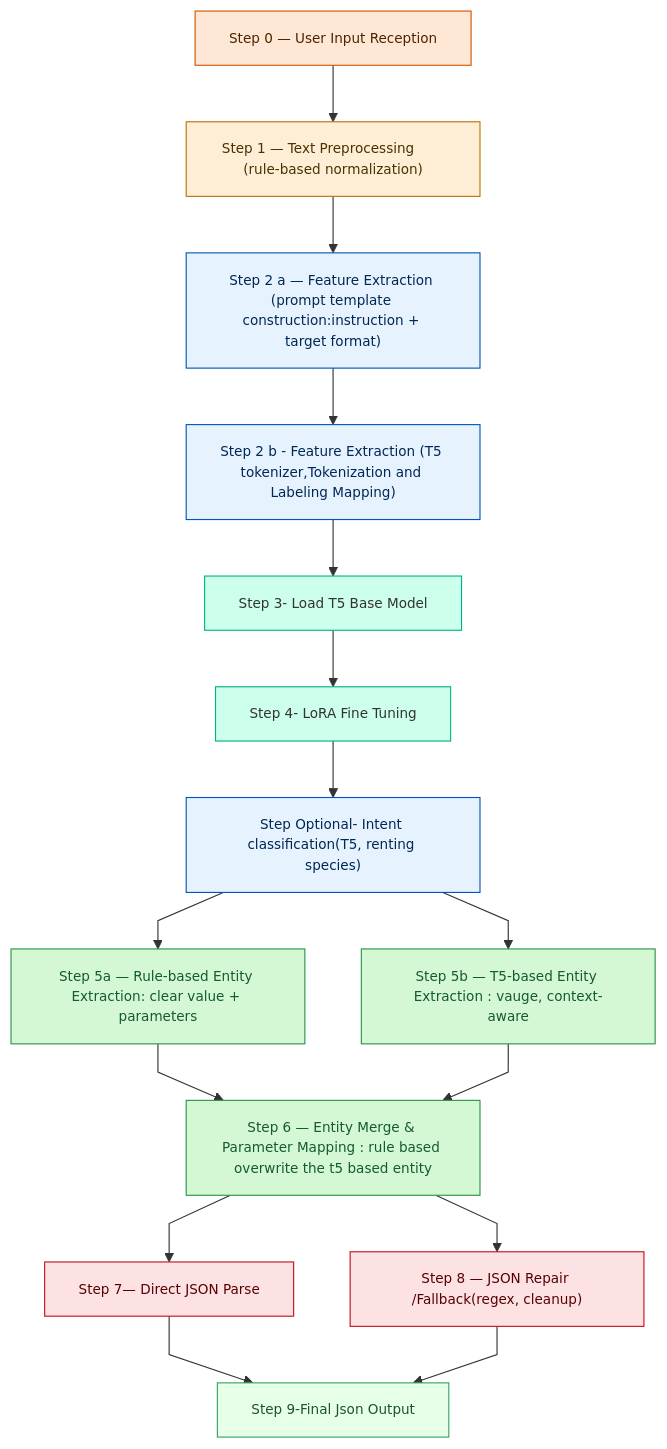
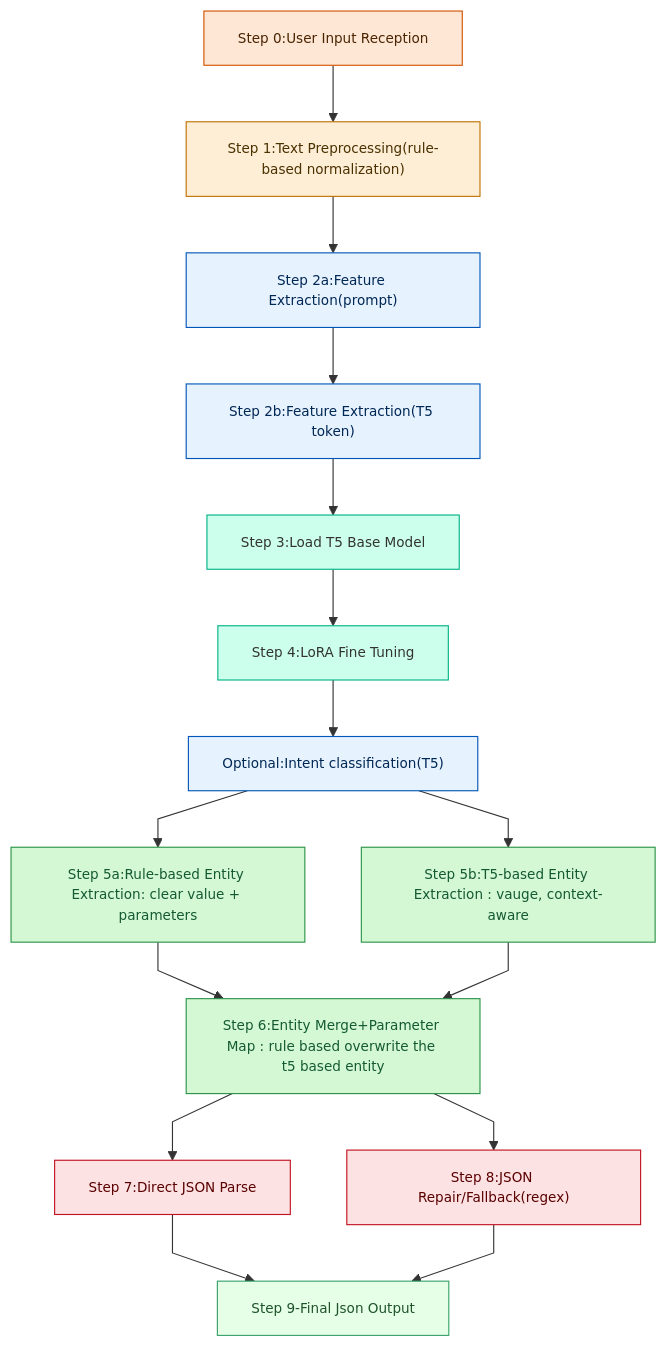
The diagram in Schema-Algorithm-NLP-Engine.md (cutemfc/NLP-engine-), drawn with Mermaid before and after one commit. The commit also changed other lines of this file, not shown here.

````diff
--- a/Schema-Algorithm-NLP-Engine.md
+++ b/Schema-Algorithm-NLP-Engine.md
@@ -7,81 +7,81 @@
 ```mermaid
 
 %%{init: {
   'theme': 'default',
   'themeVariables': {
     'fontSize': '12px',
-    'nodeSpacing': 18,
-    'rankSpacing': 20
+    'nodeSpacing': 20,
+    'rankSpacing': 30
   },
   'flowchart': {
     'curve': 'linear'
   }
 }}%%
 
 flowchart TD
     %% Top-level steps
-    A0["Step 0 — User Input Reception"]
-    A1["Step 1 — Text Preprocessing       (rule-based normalization)" ]
-    A2["Step 2 a — Feature Extraction (prompt template construction:instruction + target format)"]
-    A3["Step 2 b - Feature Extraction (T5 tokenizer,Tokenization and Labeling Mapping)"]
+    A0["Step 0:User Input Reception"]
+    A1["Step 1:Text Preprocessing(rule-based normalization)"]
+    A2["Step 2a:Feature Extraction(prompt)"]
+    A3["Step 2b:Feature Extraction(T5 token)"]
     
     %% Training process
-    A4["Step 3- Load T5 Base Model"]
-    A5["Step 4- LoRA Fine Tuning"]
+    A4["Step 3:Load T5 Base Model"]
+    A5["Step 4:LoRA Fine Tuning"]
    
     %% Intent classfication
-    B1["Step Optional- Intent classification(T5, renting species)"]
+    B1["Optional:Intent classification(T5)"]
    
 
     %% Parallel extraction branches
-    C1["Step 5a — Rule-based Entity Extraction: clear value + parameters"]
-    C2["Step 5b — T5-based Entity Extraction : vauge, context-aware"]
+    C1["Step 5a:Rule-based Entity Extraction: clear value + parameters"]
+    C2["Step 5b:T5-based Entity Extraction : vauge, context-aware"]
     
     %% Merging and final steps
-    D1["Step 6 — Entity Merge & Parameter Mapping : rule based overwrite the t5 based entity"]
+    D1["Step 6:Entity Merge+Parameter Map : rule based overwrite the t5 based entity"]
 
     %% Ouput Corrections
-    E1["Step 7— Direct JSON Parse"]
-    E2["Step 8 — JSON Repair /Fallback(regex, cleanup)"]
+    E1["Step 7:Direct JSON Parse"]
+    E2["Step 8:JSON Repair/Fallback(regex)"]
 
     %% Final
     F0["Step 9-Final Json Output"]
     
     %% Flow
     A0 --> A1 --> A2 --> A3 --> A4-->A5--> B1
     
     B1 --> C1
     B1 --> C2
     C1--> D1
     C2--> D1
     D1 --> E1
     D1 --> E2
     E1 -->  F0
     E2 -->  F0
     
 
 
     %% Styling
     classDef input fill:#ffe7d6,stroke:#d35400,color:#4a2500;
     classDef preprocess fill:#ffeed6,stroke:#bf7100,color:#4a3100;
     classDef process fill:#e7f2ff,stroke:#0057b8,color:#002855;
     classDef lora fill:#fff3cd,stroke:#f5a623,color:#7a4f01;
     classDef extract fill:#d4f8d4,stroke:#2b9348,color:#145a32;
     classDef repair fill:#fde2e4,stroke:#c1121f,color:#5a0000;
     classDef output fill:#e6ffe7,stroke:#38a169,color:#1f542b;
     classDef role fill:#ccffec,stroke:#00b386, color:#000594d;
 
 
 
     class A0 input;
     class A1 preprocess;
     class A2,A3,B1 process;
     class A4,A5 role;
     class C1,C2 extract;
     class D1 extract;
     class E1,E2 repair;
     class F0 output;
 
     
 
 ```
````
